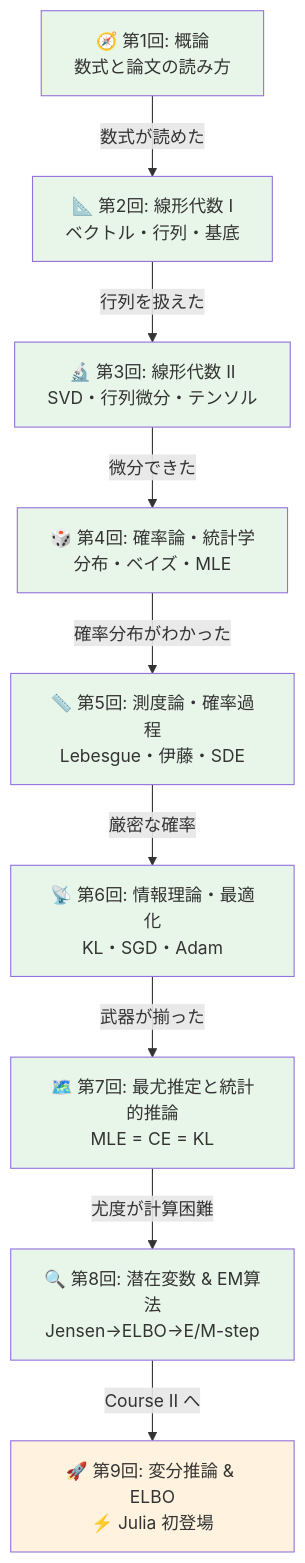
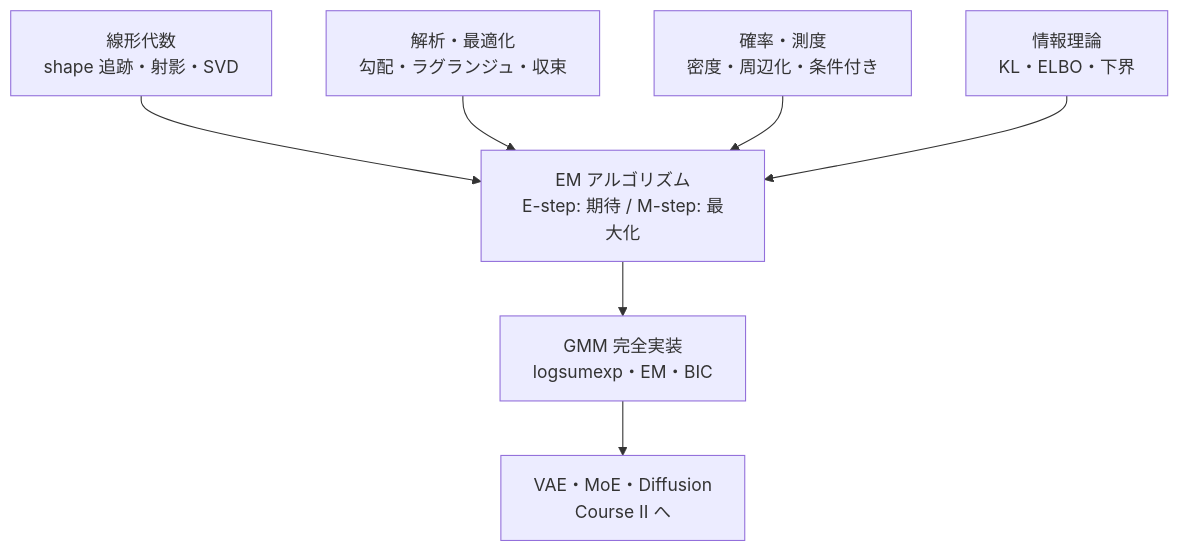
The fifth of 5 diagrams in articles/ml-lecture-08-part2.md (fumishiki/deep-generative-models-ja), drawn with Mermaid before and after one commit. The commit also changed other lines of this file and 24 other files, not shown here.

````diff
--- a/articles/ml-lecture-08-part2.md
+++ b/articles/ml-lecture-08-part2.md
@@ -1140,31 +1340,9 @@
 ```mermaid
 graph TD
-    L1["🧭 第1回: 概論<br/>数式と論文の読み方"]
-    L2["📐 第2回: 線形代数 I<br/>ベクトル・行列・基底"]
-    L3["🔬 第3回: 線形代数 II<br/>SVD・行列微分・テンソル"]
-    L4["🎲 第4回: 確率論・統計学<br/>分布・ベイズ・MLE"]
-    L5["📏 第5回: 測度論・確率過程<br/>Lebesgue・伊藤・SDE"]
-    L6["📡 第6回: 情報理論・最適化<br/>KL・SGD・Adam"]
-    L7["🗺️ 第7回: 最尤推定と統計的推論<br/>MLE = CE = KL"]
-    L8["🔍 第8回: 潜在変数 & EM算法<br/>Jensen→ELBO→E/M-step"]
-
-    L1 -->|"数式が読めた"| L2
-    L2 -->|"行列を扱えた"| L3
-    L3 -->|"微分できた"| L4
-    L4 -->|"確率分布がわかった"| L5
-    L5 -->|"厳密な確率"| L6
-    L6 -->|"武器が揃った"| L7
-    L7 -->|"尤度が計算困難"| L8
-
-    L8 -->|"Course II へ"| CII["🚀 第9回: 変分推論 & ELBO<br/>⚡ Julia 初登場"]
-
-    style L1 fill:#e8f5e9
-    style L2 fill:#e8f5e9
-    style L3 fill:#e8f5e9
-    style L4 fill:#e8f5e9
-    style L5 fill:#e8f5e9
-    style L6 fill:#e8f5e9
-    style L7 fill:#e8f5e9
-    style L8 fill:#e8f5e9
-    style CII fill:#fff3e0
+    A["線形代数<br/>shape 追跡・射影・SVD"] --> E["EM アルゴリズム<br/>E-step: 期待 / M-step: 最大化"]
+    B["解析・最適化<br/>勾配・ラグランジュ・収束"] --> E
+    C["確率・測度<br/>密度・周辺化・条件付き"] --> E
+    D["情報理論<br/>KL・ELBO・下界"] --> E
+    E --> F["GMM 完全実装<br/>logsumexp・EM・BIC"]
+    F --> G["VAE・MoE・Diffusion<br/>Course II へ"]
 ```
````
